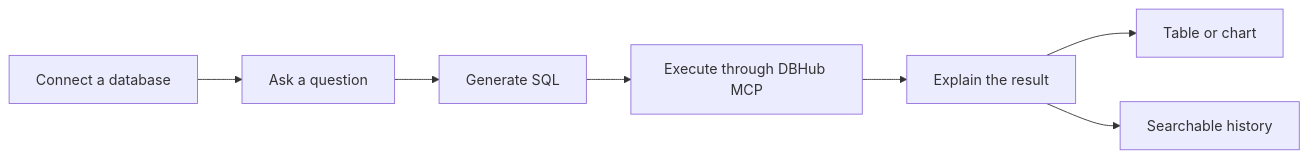
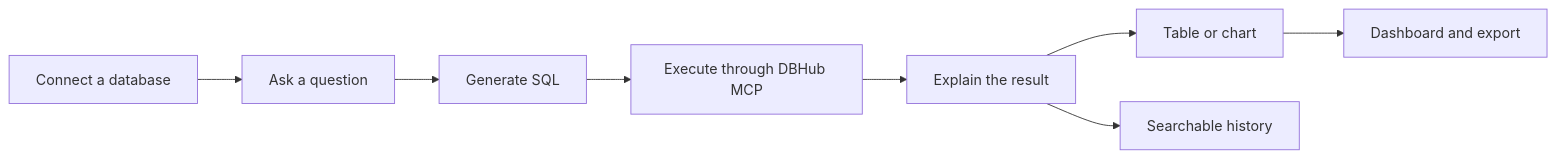
The diagram in README.md (guoyiheng/nova), drawn with Mermaid before and after one commit. The commit also changed other lines of this file and 12 other files, not shown here.

````diff
--- a/README.md
+++ b/README.md
@@ -39,9 +40,10 @@
 ```mermaid
 flowchart LR
     A[Connect a database] --> B[Ask a question]
     B --> C[Generate SQL]
     C --> D[Execute through DBHub MCP]
     D --> E[Explain the result]
     E --> F[Table or chart]
+    F --> H[Dashboard and export]
     E --> G[Searchable history]
 ```
````
